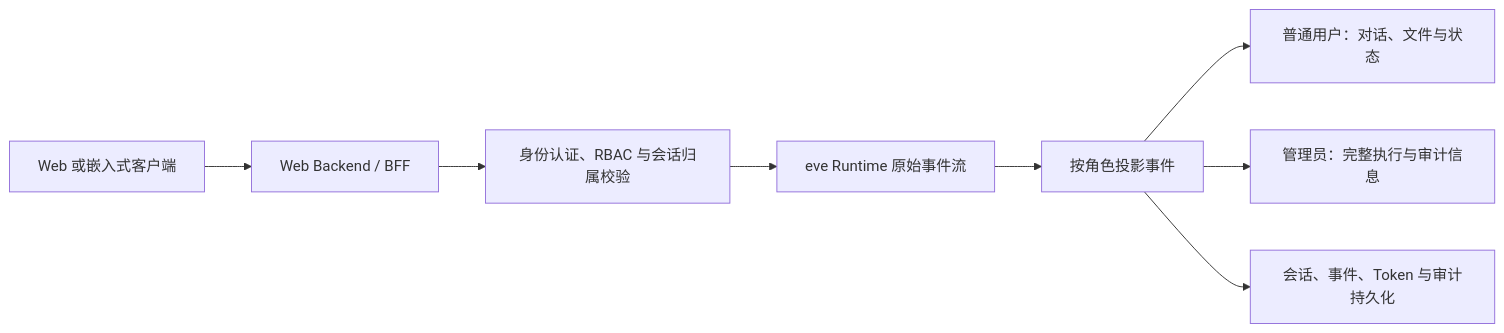
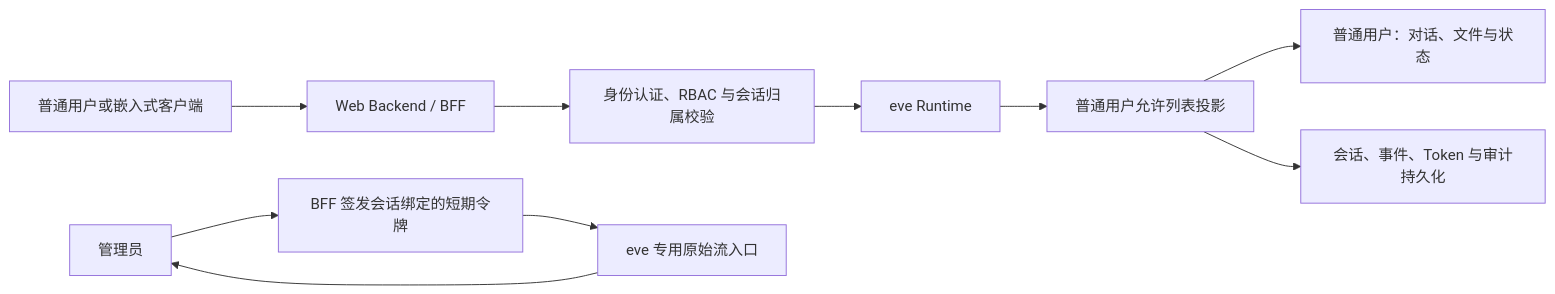
Before and after one commit to Procyon-Nan/baigong-agent: the diagram in docs/项目最终目标.md, drawn with Mermaid. The commit also changed other lines of this file and 1 other file, not shown here.

Commit message:
docs: P0方案确定

````diff
--- a/docs/项目最终目标.md
+++ b/docs/项目最终目标.md
@@ -110,10 +113,12 @@
 ```mermaid
 flowchart LR
-    Browser["Web 或嵌入式客户端"] --> BFF["Web Backend / BFF"]
+    UserBrowser["普通用户或嵌入式客户端"] --> BFF["Web Backend / BFF"]
     BFF --> Auth["身份认证、RBAC 与会话归属校验"]
-    Auth --> Eve["eve Runtime 原始事件流"]
-    Eve --> Projection["按角色投影事件"]
+    Auth --> Eve["eve Runtime"]
+    Eve --> Projection["普通用户允许列表投影"]
     Projection --> User["普通用户：对话、文件与状态"]
-    Projection --> Admin["管理员：完整执行与审计信息"]
     Projection --> Store["会话、事件、Token 与审计持久化"]
+    Admin["管理员"] --> Token["BFF 签发会话绑定的短期令牌"]
+    Token --> Raw["eve 专用原始流入口"]
+    Raw --> Admin
 ```
````
